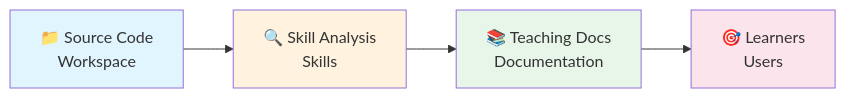
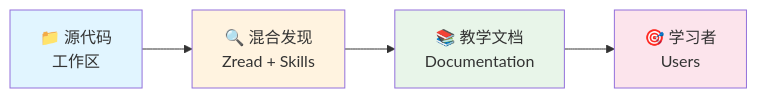
One commit to Baixu22/project-learning-guide changed the first of 2 diagrams in README.md. Above: the diagram before and after it, drawn with Mermaid. The commit also changed other lines of this file and 12 other files, not shown here.

````diff
--- a/README.md
+++ b/README.md
@@ -21,11 +25,11 @@
 ```mermaid
 flowchart LR
-  A["📁 Source Code<br/>Workspace"] --> B["🔍 Skill Analysis<br/>Skills"]
-  B --> C["📚 Teaching Docs<br/>Documentation"]
-  C --> D["🎯 Learners<br/>Users"]
-  
+  A["📁 源代码<br/>工作区"] --> B["🔍 混合发现<br/>Zread + Skills"]
+  B --> C["📚 教学文档<br/>Documentation"]
+  C --> D["🎯 学习者<br/>Users"]
+
   style A fill:#e1f5ff
   style B fill:#fff3e0
   style C fill:#e8f5e9
   style D fill:#fce4ec
 ```
````
